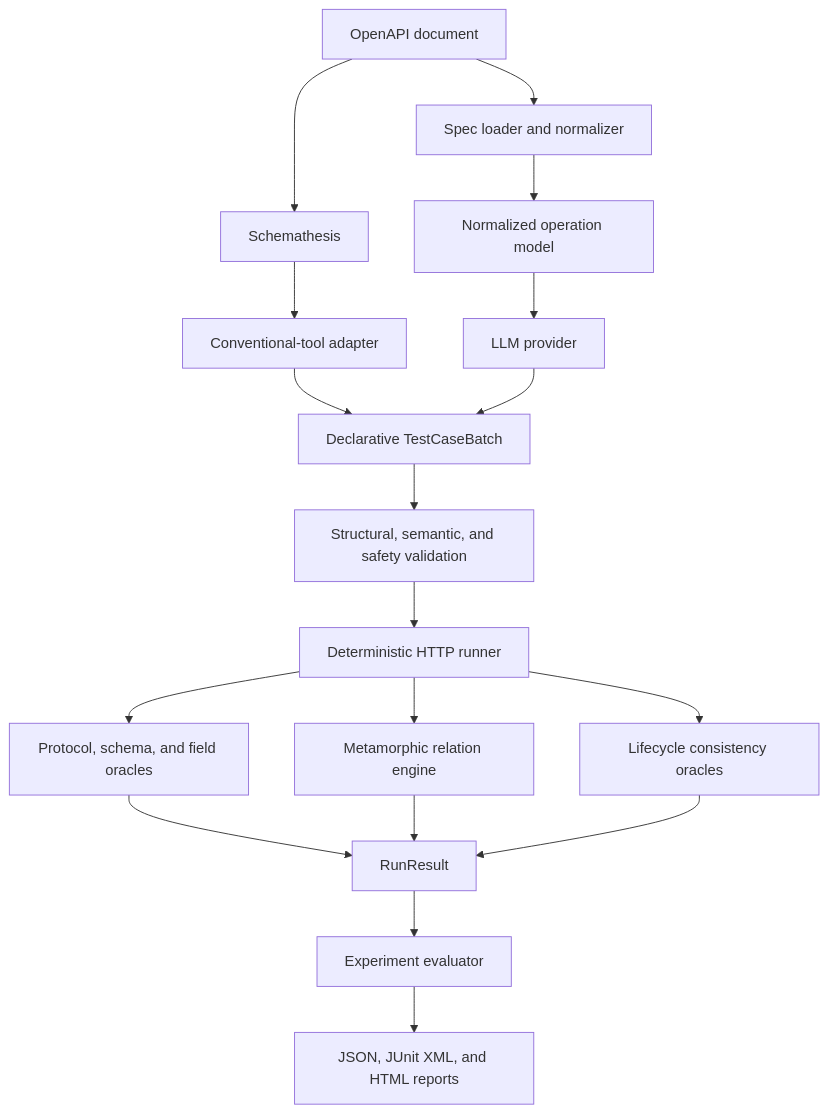
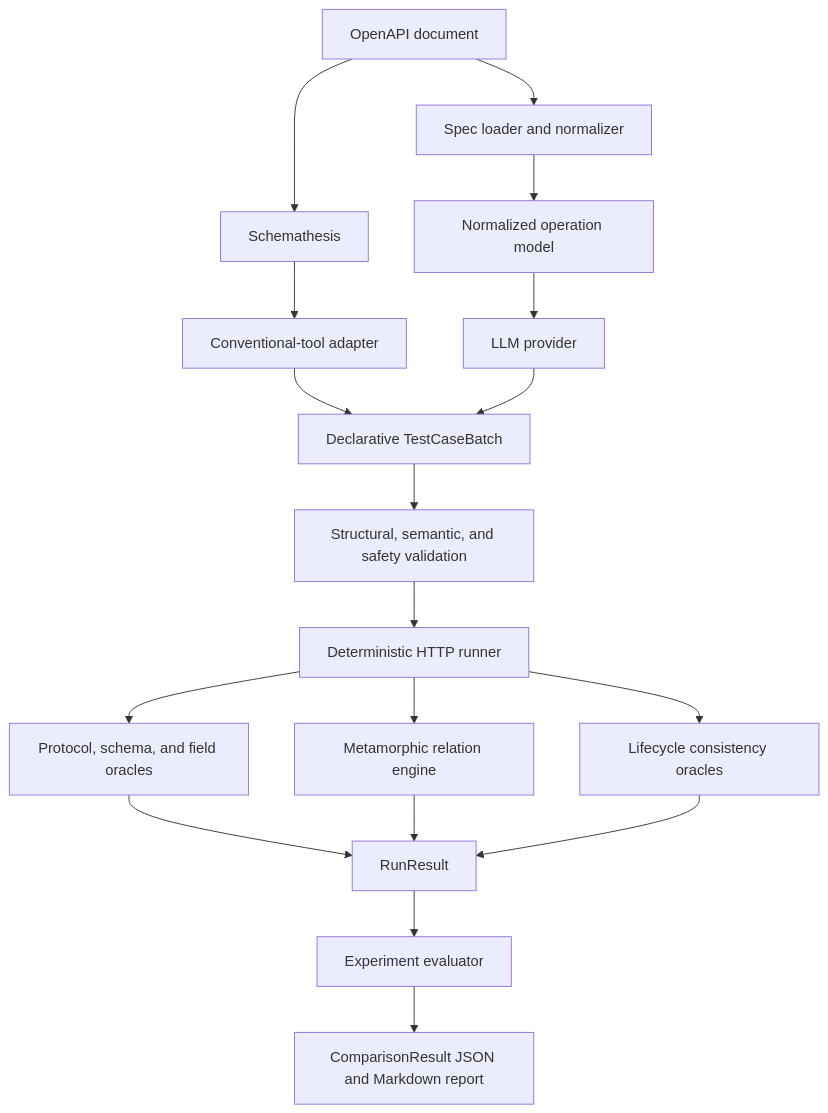
One commit to fuyuhanCC/openapi-ai-test-evaluator changed the first of 3 diagrams in docs/design.md. Above: the diagram before and after it, drawn with Mermaid. The commit also changed other lines of this file and 33 other files, not shown here.

Commit message:
feat: add fault evaluation and comparison reports

````diff
--- a/docs/design.md
+++ b/docs/design.md
@@ -172,20 +172,20 @@
 ```mermaid
 flowchart TD
     spec["OpenAPI document"] --> loader["Spec loader and normalizer"]
     loader --> model["Normalized operation model"]
     spec --> conventional["Schemathesis"]
     model --> llm["LLM provider"]
     conventional --> adapter["Conventional-tool adapter"]
     adapter --> cases["Declarative TestCaseBatch"]
     llm --> cases
     cases --> validation["Structural, semantic, and safety validation"]
     validation --> runner["Deterministic HTTP runner"]
     runner --> oracles["Protocol, schema, and field oracles"]
     runner --> metamorphic["Metamorphic relation engine"]
     runner --> lifecycle["Lifecycle consistency oracles"]
     oracles --> result["RunResult"]
     metamorphic --> result
     lifecycle --> result
     result --> evaluator["Experiment evaluator"]
-    evaluator --> reports["JSON, JUnit XML, and HTML reports"]
+    evaluator --> reports["ComparisonResult JSON and Markdown report"]
 ```
````
